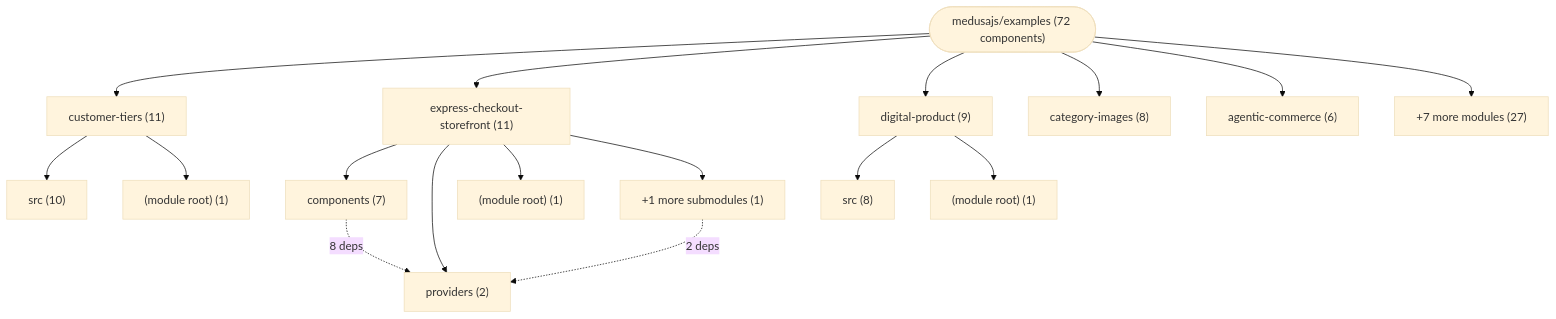
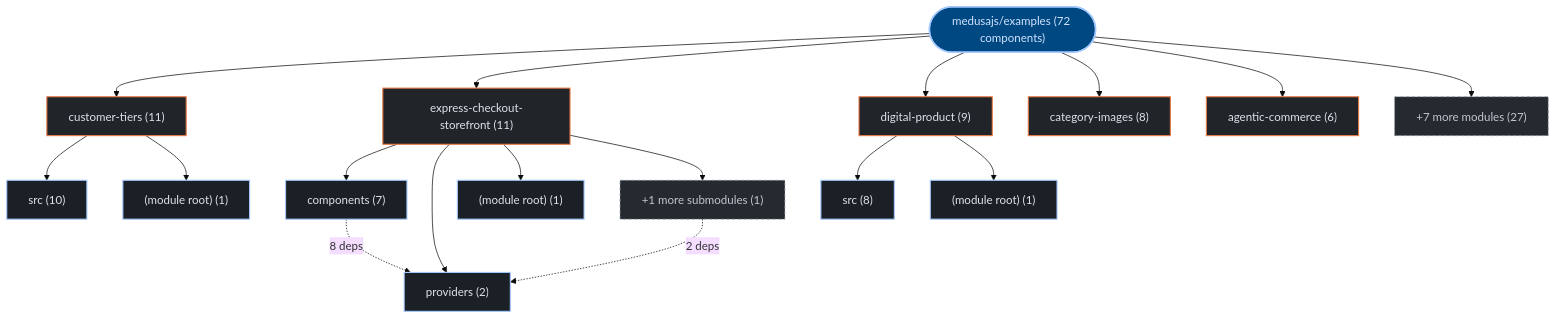
Before and after one commit to kumarshaz/atruss-code-atlas: the first of 2 diagrams in exports/latest/reports/medusajs-examples-report.md, drawn with Mermaid (base theme). The commit also changed other lines of this file and 331 other files, not shown here.

Commit message:
docs,ui,fix: update SDLC docs, reorder CI/CD DAG first, stylize Mermaid, and fix Arc42 pipeline topology

````diff
--- a/exports/latest/reports/medusajs-examples-report.md
+++ b/exports/latest/reports/medusajs-examples-report.md
@@ -42,34 +42,41 @@
 ```mermaid
 graph TD;
-    repo_root(["medusajs/examples (72 components)"])
-    dir_0_customer_tiers["customer-tiers (11)"]
+  classDef atlasRoot fill:#004882,stroke:#a3c9ff,stroke-width:2px,color:#d3e4ff
+  classDef atlasCategory fill:#212428,stroke:#E87A48,stroke-width:1.5px,color:#dfe3eb
+  classDef atlasWorkflow fill:#1b2026,stroke:#a3c9ff,stroke-width:1.5px,color:#dfe3eb
+  classDef atlasJob fill:#171c22,stroke:#8d9199,stroke-width:1px,color:#dfe3eb
+  classDef atlasTarget fill:#005227,stroke:#8bd99b,stroke-width:1.5px,color:#a7f6b6
+  classDef atlasAlert fill:#93000a,stroke:#ffb4ab,stroke-width:1.5px,color:#ffdad6
+  classDef atlasMore fill:#252a31,stroke:#8d9199,stroke-dasharray:4 4,color:#c3c6cf
+    repo_root(["medusajs/examples (72 components)"]):::atlasRoot
+    dir_0_customer_tiers["customer-tiers (11)"]:::atlasCategory
     repo_root --> dir_0_customer_tiers
-    sub_0_0_src["src (10)"]
+    sub_0_0_src["src (10)"]:::atlasWorkflow
     dir_0_customer_tiers --> sub_0_0_src
-    sub_0_1__module_root_["(module root) (1)"]
+    sub_0_1__module_root_["(module root) (1)"]:::atlasWorkflow
     dir_0_customer_tiers --> sub_0_1__module_root_
-    dir_1_express_checkout_storefront["express-checkout-storefront (11)"]
+    dir_1_express_checkout_storefront["express-checkout-storefront (11)"]:::atlasCategory
     repo_root --> dir_1_express_checkout_storefront
-    sub_1_0_components["components (7)"]
+    sub_1_0_components["components (7)"]:::atlasWorkflow
     dir_1_express_checkout_storefront --> sub_1_0_components
-    sub_1_1_providers["providers (2)"]
+    sub_1_1_providers["providers (2)"]:::atlasWorkflow
     dir_1_express_checkout_storefront --> sub_1_1_providers
-    sub_1_2__module_root_["(module root) (1)"]
+    sub_1_2__module_root_["(module root) (1)"]:::atlasWorkflow
     dir_1_express_checkout_storefront --> sub_1_2__module_root_
-    sub_1_more["+1 more submodules (1)"]
+    sub_1_more["+1 more submodules (1)"]:::atlasMore
     dir_1_express_checkout_storefront --> sub_1_more
-    dir_2_digital_product["digital-product (9)"]
+    dir_2_digital_product["digital-product (9)"]:::atlasCategory
     repo_root --> dir_2_digital_product
-    sub_2_0_src["src (8)"]
+    sub_2_0_src["src (8)"]:::atlasWorkflow
     dir_2_digital_product --> sub_2_0_src
-    sub_2_1__module_root_["(module root) (1)"]
+    sub_2_1__module_root_["(module root) (1)"]:::atlasWorkflow
     dir_2_digital_product --> sub_2_1__module_root_
-    dir_3_category_images["category-images (8)"]
+    dir_3_category_images["category-images (8)"]:::atlasCategory
     repo_root --> dir_3_category_images
-    dir_4_agentic_commerce["agentic-commerce (6)"]
+    dir_4_agentic_commerce["agentic-commerce (6)"]:::atlasCategory
     repo_root --> dir_4_agentic_commerce
-    dir_other_modules["+7 more modules (27)"]
+    dir_other_modules["+7 more modules (27)"]:::atlasMore
     repo_root --> dir_other_modules
     sub_1_0_components -.->|"8 deps"| sub_1_1_providers
     sub_1_more -.->|"2 deps"| sub_1_1_providers
 ```
````
